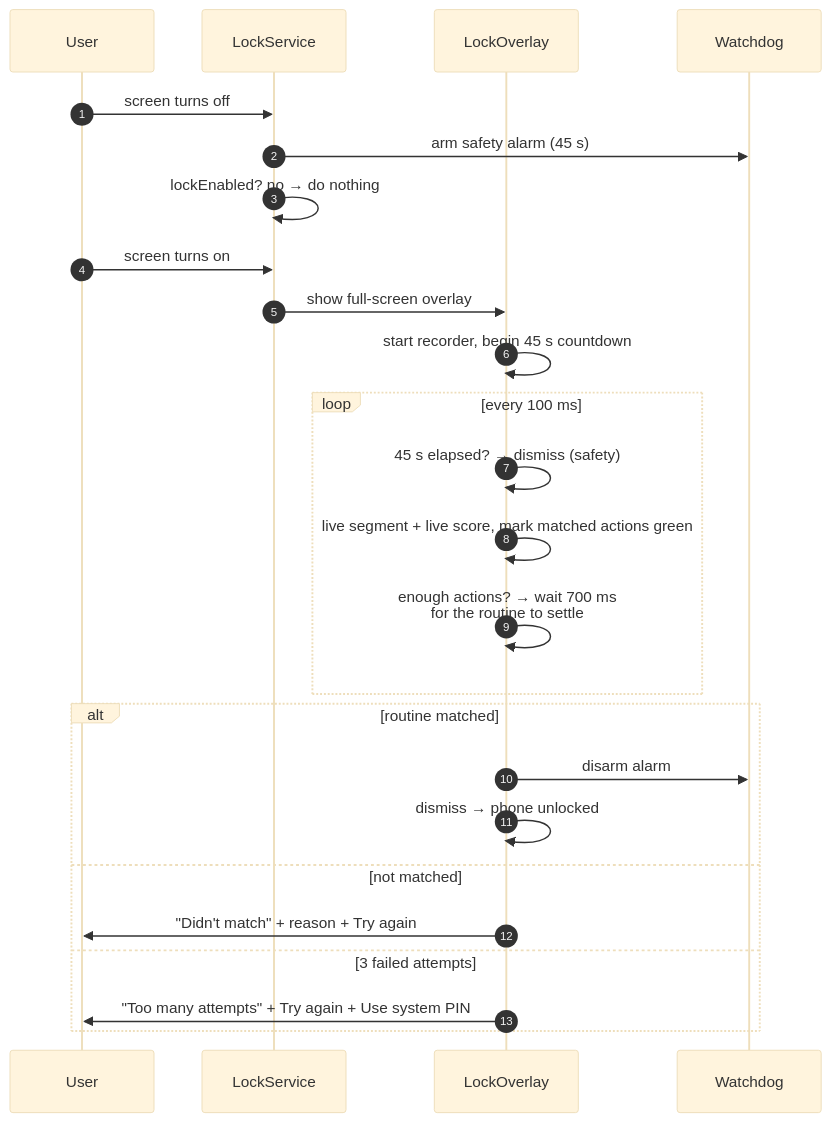
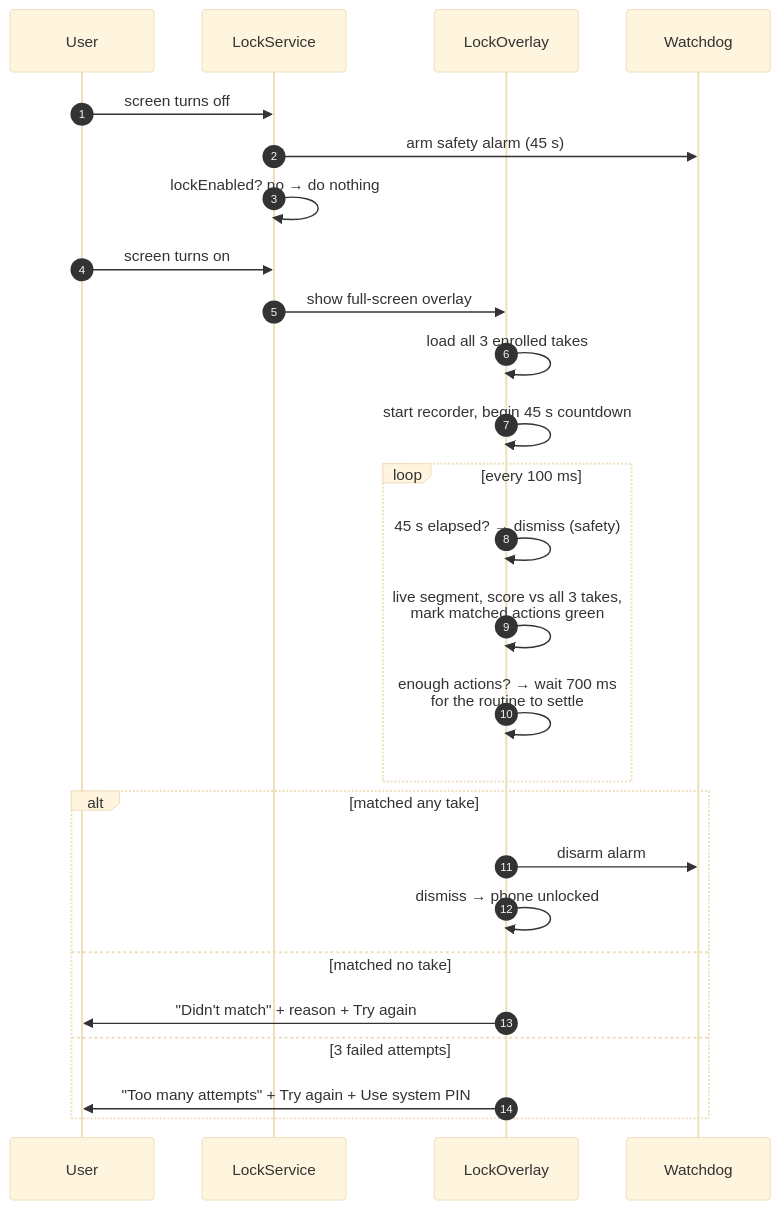
Before and after one commit to MITHUNMITS/behavioral-lock: the ninth of 12 diagrams in README.md, drawn with Mermaid (base theme). The commit also changed other lines of this file, not shown here.

First line of the commit message:
README: multi-take enrolment, and every diagram brought up to date

````diff
--- a/README.md
+++ b/README.md
@@ -354,28 +461,29 @@
 ```mermaid
 sequenceDiagram
     autonumber
     participant U as User
     participant S as LockService
     participant O as LockOverlay
     participant W as Watchdog
 
     U->>S: screen turns off
     S->>W: arm safety alarm (45 s)
     S->>S: lockEnabled? no → do nothing
     U->>S: screen turns on
     S->>O: show full-screen overlay
+    O->>O: load all 3 enrolled takes
     O->>O: start recorder, begin 45 s countdown
     loop every 100 ms
         O->>O: 45 s elapsed? → dismiss (safety)
-        O->>O: live segment + live score, mark matched actions green
+        O->>O: live segment, score vs all 3 takes,<br/>mark matched actions green
         O->>O: enough actions? → wait 700 ms<br/>for the routine to settle
     end
-    alt routine matched
+    alt matched any take
         O->>W: disarm alarm
         O->>O: dismiss → phone unlocked
-    else not matched
+    else matched no take
         O->>U: "Didn't match" + reason + Try again
     else 3 failed attempts
         O->>U: "Too many attempts" + Try again + Use system PIN
     end
 ```
````
